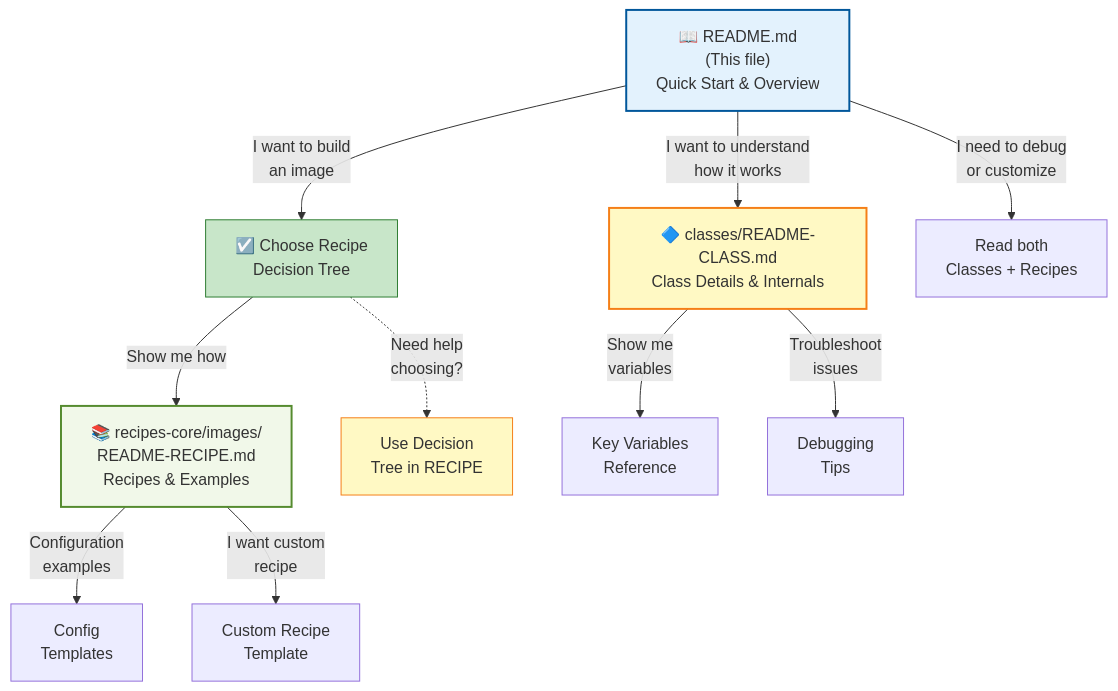
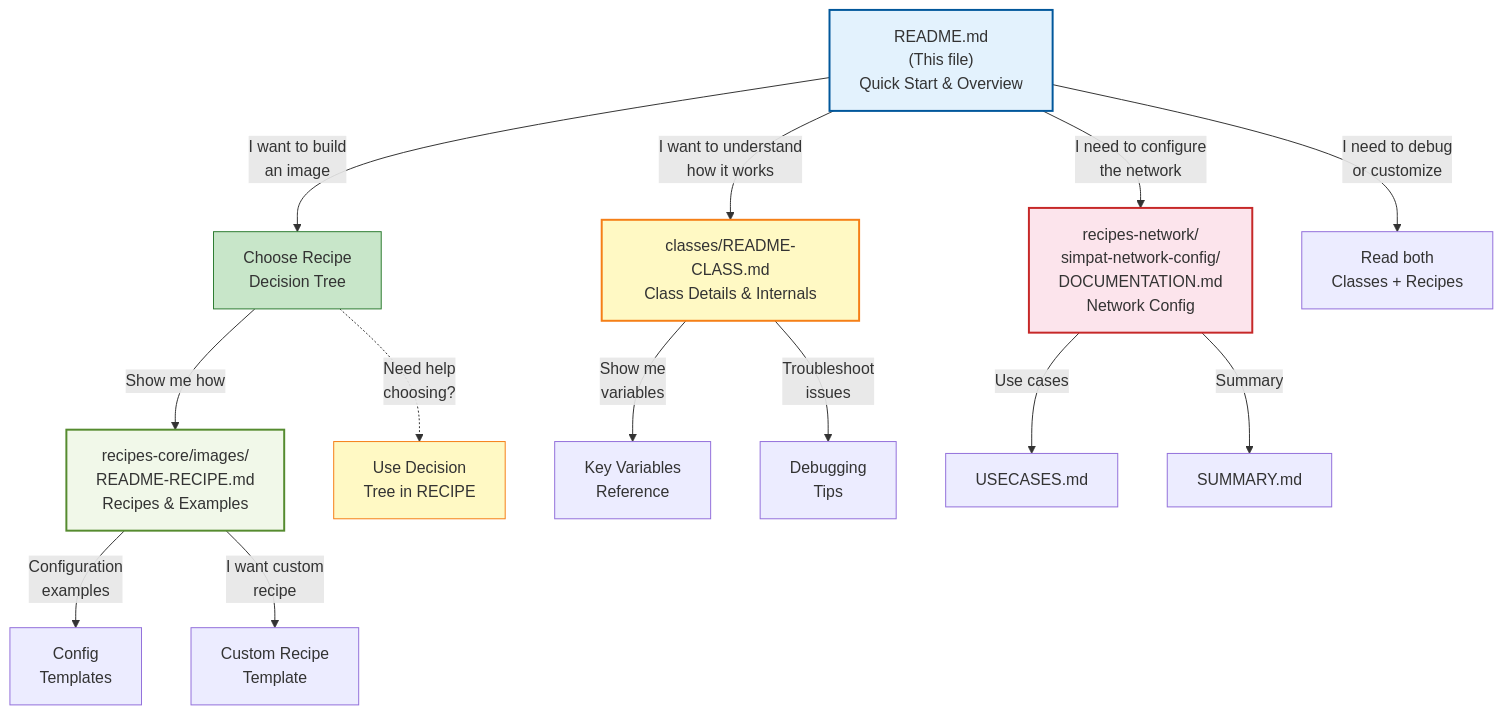
Before and after one commit to minkosimon/meta-raspberrypi-simpat: the first of 4 diagrams in README.md, drawn with Mermaid. The commit also changed other lines of this file and 8 other files, not shown here.

````diff
--- a/README.md
+++ b/README.md
@@ -38,26 +42,32 @@
 ```mermaid
 graph TD
-    A["📖 README.md<br/>(This file)<br/>Quick Start & Overview"]
-    B["🔷 classes/README-CLASS.md<br/>Class Details & Internals"]
-    C["📚 recipes-core/images/<br/>README-RECIPE.md<br/>Recipes & Examples"]
+    A["README.md<br/>(This file)<br/>Quick Start & Overview"]
+    B["classes/README-CLASS.md<br/>Class Details & Internals"]
+    C["recipes-core/images/<br/>README-RECIPE.md<br/>Recipes & Examples"]
+    D["recipes-network/<br/>simpat-network-config/<br/>DOCUMENTATION.md<br/>Network Config"]
     
-    A -->|"I want to build<br/>an image"| REC["☑️ Choose Recipe<br/>Decision Tree"]
+    A -->|"I want to build<br/>an image"| REC["Choose Recipe<br/>Decision Tree"]
     REC -->|"Show me how"| C
     
     A -->|"I want to understand<br/>how it works"| B
+    A -->|"I need to configure<br/>the network"| D
     A -->|"I need to debug<br/>or customize"| BOTH["Read both<br/>Classes + Recipes"]
     
     B -->|"Show me<br/>variables"| VARS["Key Variables<br/>Reference"]
     B -->|"Troubleshoot<br/>issues"| DEBUG["Debugging<br/>Tips"]
     
     C -->|"Configuration<br/>examples"| CONFIG["Config<br/>Templates"]
     C -->|"I want custom<br/>recipe"| CUSTOM["Custom Recipe<br/>Template"]
     
+    D -->|"Use cases"| UC["USECASES.md"]
+    D -->|"Summary"| SUM["SUMMARY.md"]
+    
     REC -.->|"Need help<br/>choosing?"| DECISION["Use Decision<br/>Tree in RECIPE"]
     
     style A fill:#e3f2fd,stroke:#01579b,stroke-width:2px
     style B fill:#fff9c4,stroke:#f57f17,stroke-width:2px
     style C fill:#f1f8e9,stroke:#558b2f,stroke-width:2px
+    style D fill:#fce4ec,stroke:#c62828,stroke-width:2px
     style REC fill:#c8e6c9,stroke:#2e7d32
     style DECISION fill:#fff9c4,stroke:#f57f17
 ```
````
